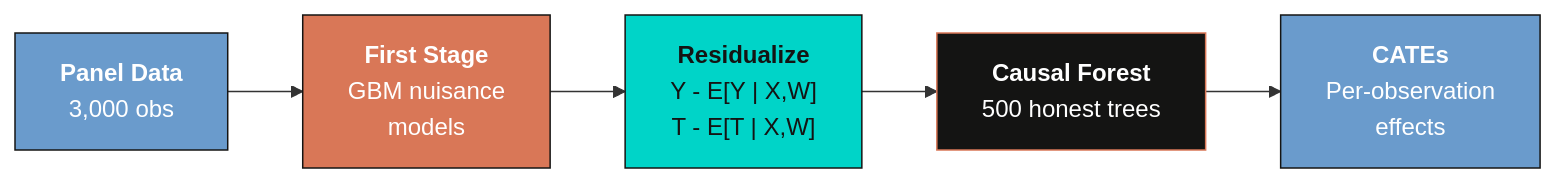
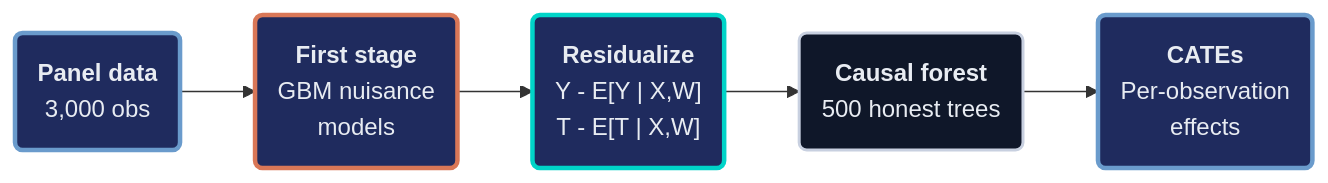
One commit to cmg777/starter-academic-v501 changed the diagram in content/post/python_EconML/references/tutorial.qmd. Above: the diagram before and after it, drawn with Mermaid. The commit also changed other lines of this file and 42 other files, not shown here.

First line of the commit message:
content(mermaid): restyle Mermaid copies in tutorial sources and the LaLonde slide deck

````diff
--- a/content/post/python_EconML/references/tutorial.qmd
+++ b/content/post/python_EconML/references/tutorial.qmd
@@ -182,16 +182,16 @@
 ```{mermaid}
 flowchart LR
-    A["<b>Panel Data</b><br/>3,000 obs"]:::data
-    B["<b>First Stage</b><br/>GBM nuisance<br/>models"]:::first
-    C["<b>Residualize</b><br/>Y - E[Y | X,W]<br/>T - E[T | X,W]"]:::resid
-    D["<b>Causal Forest</b><br/>500 honest trees"]:::forest
-    E["<b>CATEs</b><br/>Per-observation<br/>effects"]:::cate
+    A("<b>Panel data</b><br/>3,000 obs"):::data
+    B("<b>First stage</b><br/>GBM nuisance<br/>models"):::first
+    C("<b>Residualize</b><br/>Y - E[Y | X,W]<br/>T - E[T | X,W]"):::resid
+    D("<b>Causal forest</b><br/>500 honest trees"):::forest
+    E("<b>CATEs</b><br/>Per-observation<br/>effects"):::cate
 
     A --> B --> C --> D --> E
 
-    classDef data fill:#6a9bcc,stroke:#141413,color:#fff
-    classDef first fill:#d97757,stroke:#141413,color:#fff
-    classDef resid fill:#00d4c8,stroke:#141413,color:#141413
-    classDef forest fill:#141413,stroke:#d97757,color:#fff
-    classDef cate fill:#6a9bcc,stroke:#141413,color:#fff
+    classDef data fill:#1f2b5e,stroke:#6a9bcc,stroke-width:3px,color:#e8ecf2
+    classDef first fill:#1f2b5e,stroke:#d97757,stroke-width:3px,color:#e8ecf2
+    classDef resid fill:#1f2b5e,stroke:#00d4c8,stroke-width:3px,color:#e8ecf2
+    classDef forest fill:#0f1729,stroke:#c8d0e0,stroke-width:2px,color:#e8ecf2
+    classDef cate fill:#1f2b5e,stroke:#6a9bcc,stroke-width:3px,color:#e8ecf2
 ```
````
